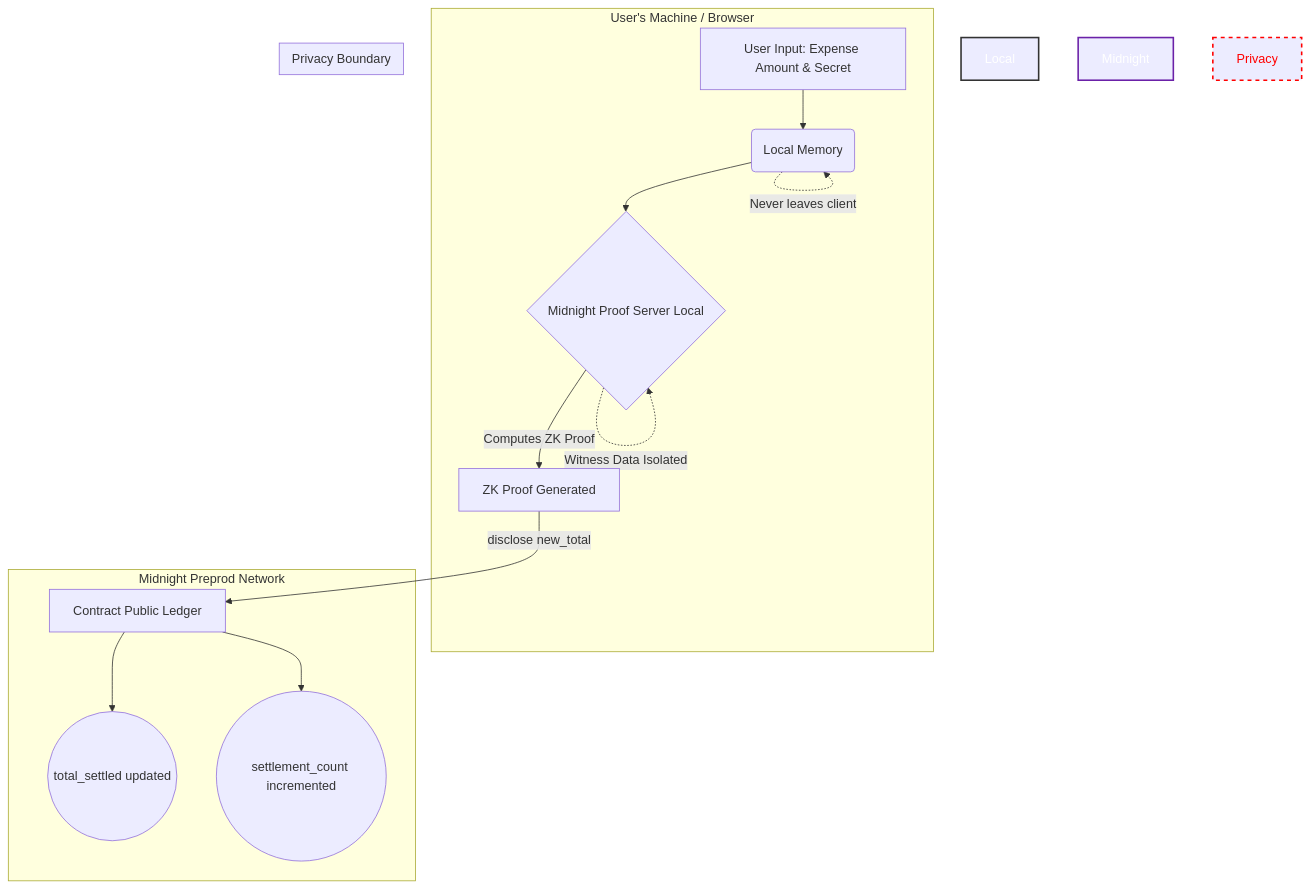
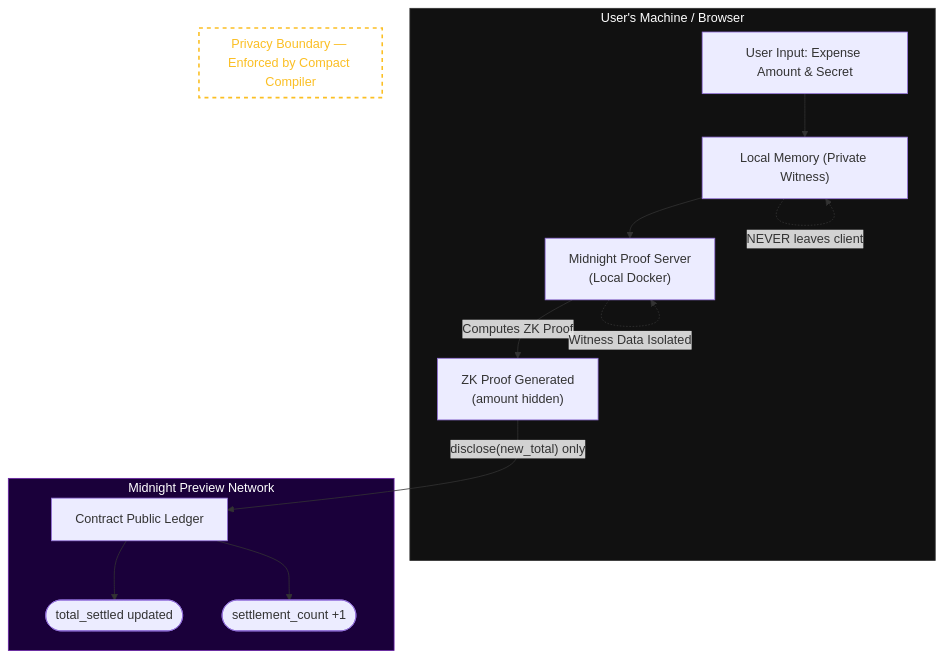
Before and after one commit to Gokul-social/Midnight_proj: the diagram in README.md, drawn with Mermaid. The commit also changed other lines of this file and 5 other files, not shown here.

First line of the commit message:
feat(deploy): migrate to Midnight Preview network — contract lo1c7a6b2d657870656e73654d2fe2b3zk2025

````diff
--- a/README.md
+++ b/README.md
@@ -58,23 +66,23 @@
 ```mermaid
 graph TD
-    subgraph Local Client [User's Machine / Browser]
-        A[User Input: Expense Amount & Secret] --> B(Local Memory)
-        B --> C{Midnight Proof Server Local}
-        C -->|Computes ZK Proof| D[ZK Proof Generated]
+    subgraph Local ["User's Machine / Browser"]
+        A["User Input: Expense Amount & Secret"] --> B["Local Memory (Private Witness)"]
+        B --> C["Midnight Proof Server\n(Local Docker)"]
+        C -->|"Computes ZK Proof"| D["ZK Proof Generated\n(amount hidden)"]
     end
 
-    subgraph Midnight Blockchain [Midnight Preprod Network]
-        D -->|disclose new_total| E[Contract Public Ledger]
-        E --> F((total_settled updated))
-        E --> G((settlement_count incremented))
+    subgraph Chain ["Midnight Preview Network"]
+        D -->|"disclose(new_total) only"| E["Contract Public Ledger"]
+        E --> F(["total_settled updated"])
+        E --> G(["settlement_count +1"])
     end
 
-    subgraph Privacy Boundary
-        B -.->|Never leaves client| B
-        C -.->|Witness Data Isolated| C
+    subgraph Privacy ["Privacy Boundary — Enforced by Compact Compiler"]
+        B -.->|"NEVER leaves client"| B
+        C -.->|"Witness Data Isolated"| C
     end
 
-    style Local Client fill:#1e1e1e,stroke:#333,stroke-width:2px,color:#fff
-    style Midnight Blockchain fill:#2e1e3e,stroke:#6B21A8,stroke-width:2px,color:#fff
-    style Privacy Boundary fill:none,stroke:#f00,stroke-width:2px,stroke-dasharray: 5 5,color:#f00
+    style Local fill:#111,stroke:#333,color:#fff
+    style Chain fill:#1a003a,stroke:#6B21A8,color:#fff
+    style Privacy fill:none,stroke:#fbbf24,stroke-width:2px,stroke-dasharray:5 5,color:#fbbf24
 ```
````
